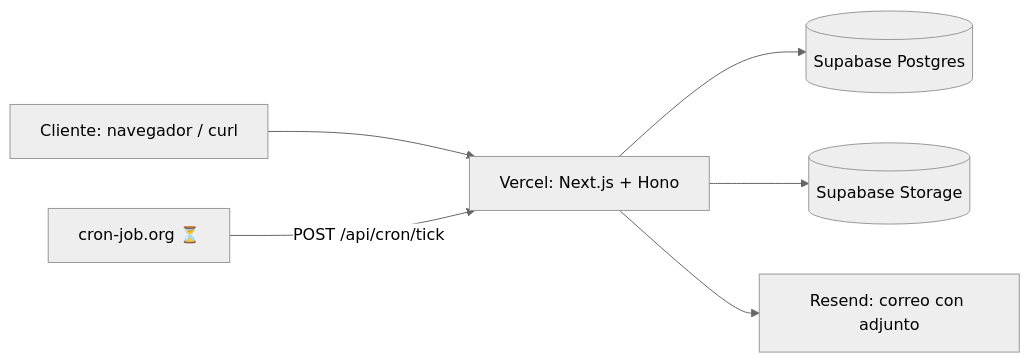
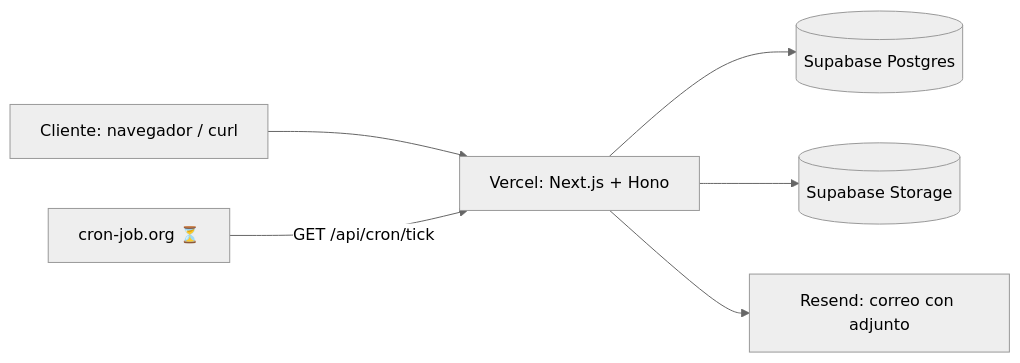
One commit to refrop/Sistema-de-Gesti-n-de-Licitaciones changed the first of 4 diagrams in README.md. Above: the diagram before and after it, drawn with Mermaid (neutral theme). The commit also changed other lines of this file and 5 other files, not shown here.

````diff
--- a/README.md
+++ b/README.md
@@ -107,8 +107,8 @@
 ```mermaid
 flowchart LR
     C[Cliente: navegador / curl] --> V[Vercel: Next.js + Hono]
     V --> DB[(Supabase Postgres)]
     V --> S[(Supabase Storage)]
     V --> R[Resend: correo con adjunto]
-    J[cron-job.org ⏳] -->|POST /api/cron/tick| V
+     J[cron-job.org ⏳] -->|GET /api/cron/tick| V
 ```
````
